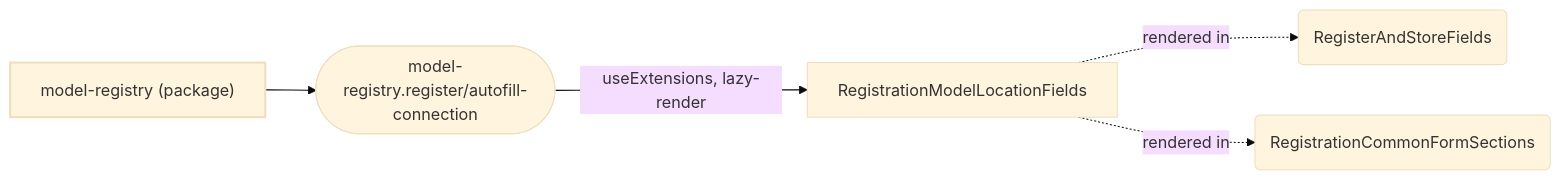
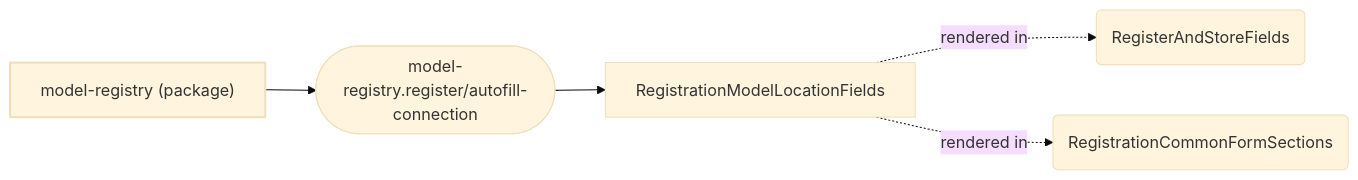
One commit to mturley/odh-dashboard changed the eighth of 10 diagrams in packages/model-registry/docs/extensions.md. Above: the diagram before and after it, drawn with Mermaid (base theme). The commit also changed other lines of this file and 28 other files, not shown here.

````diff
--- a/packages/model-registry/docs/extensions.md
+++ b/packages/model-registry/docs/extensions.md
@@ -427,14 +500,14 @@
 ```mermaid
 flowchart LR
   classDef pkg stroke-width:2px
   classDef point stroke-width:1px
   n_pkg__odh_dashboard_model_registry_1fc815["model-registry (package)"]:::pkg
   n_model_registry_register_autofill_connection_d7b1cf(["model-registry.register/autofill-connection"]):::point
   n_pkg__odh_dashboard_model_registry_1fc815 --> n_model_registry_register_autofill_connection_d7b1cf
   n_symbol_packages_model_registry_upstream_frontend_src_app_pages_modelRegistry_screens_RegisterModel_RegistrationModelLocationFields_tsx_RegistrationModelLocationFields_1fd466["RegistrationModelLocationFields"]
-  n_model_registry_register_autofill_connection_d7b1cf -- "useExtensions, lazy-render" --> n_symbol_packages_model_registry_upstream_frontend_src_app_pages_modelRegistry_screens_RegisterModel_RegistrationModelLocationFields_tsx_RegistrationModelLocationFields_1fd466
+  n_model_registry_register_autofill_connection_d7b1cf --> n_symbol_packages_model_registry_upstream_frontend_src_app_pages_modelRegistry_screens_RegisterModel_RegistrationModelLocationFields_tsx_RegistrationModelLocationFields_1fd466
   n_symbol_packages_model_registry_upstream_frontend_src_app_pages_modelRegistry_screens_RegisterModel_RegisterAndStoreFields_tsx_RegisterAndStoreFields_c0182a("RegisterAndStoreFields")
   n_symbol_packages_model_registry_upstream_frontend_src_app_pages_modelRegistry_screens_RegisterModel_RegistrationCommonFormSections_tsx_RegistrationCommonFormSections_d8067a("RegistrationCommonFormSections")
   n_symbol_packages_model_registry_upstream_frontend_src_app_pages_modelRegistry_screens_RegisterModel_RegistrationModelLocationFields_tsx_RegistrationModelLocationFields_1fd466 -. "rendered in" .-> n_symbol_packages_model_registry_upstream_frontend_src_app_pages_modelRegistry_screens_RegisterModel_RegisterAndStoreFields_tsx_RegisterAndStoreFields_c0182a
   n_symbol_packages_model_registry_upstream_frontend_src_app_pages_modelRegistry_screens_RegisterModel_RegistrationModelLocationFields_tsx_RegistrationModelLocationFields_1fd466 -. "rendered in" .-> n_symbol_packages_model_registry_upstream_frontend_src_app_pages_modelRegistry_screens_RegisterModel_RegistrationCommonFormSections_tsx_RegistrationCommonFormSections_d8067a
 ```
````
